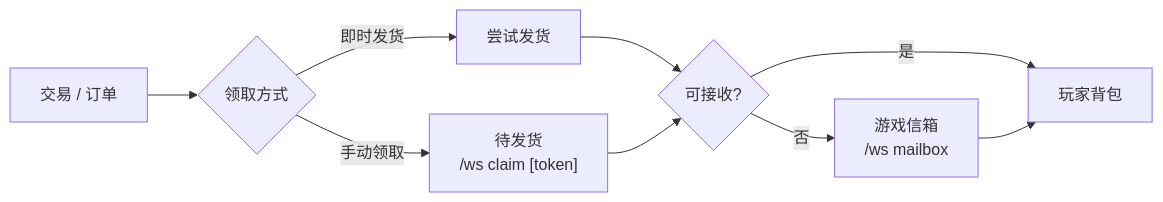
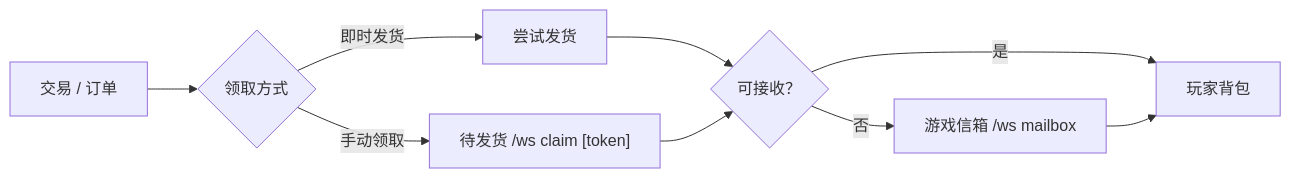
The diagram in docs/webshopx/player/claim-and-mailbox.md (Prism-Committee/docs), drawn with Mermaid before and after one commit. The commit also changed other lines of this file, not shown here.

Commit message:
docs: harden claim flow Mermaid syntax

````diff
--- a/docs/webshopx/player/claim-and-mailbox.md
+++ b/docs/webshopx/player/claim-and-mailbox.md
@@ -21,14 +21,11 @@
 ```mermaid
 flowchart LR
-    A[交易 / 订单] --> B{领取方式}
-
-    B -->|即时发货| C[尝试发货]
-    B -->|手动领取| D["待发货<br/>/ws claim [token]"]
-
-    C --> E{可接收?}
+    A["交易 / 订单"] --> B{"领取方式"}
+    B -->|即时发货| C["尝试发货"]
+    B -->|手动领取| D["待发货 /ws claim [token]"]
+    C --> E{"可接收？"}
     D --> E
-
-    E -->|是| F[玩家背包]
-    E -->|否| G["游戏信箱<br/>/ws mailbox"]
+    E -->|是| F["玩家背包"]
+    E -->|否| G["游戏信箱 /ws mailbox"]
     G --> F
 ```
````
